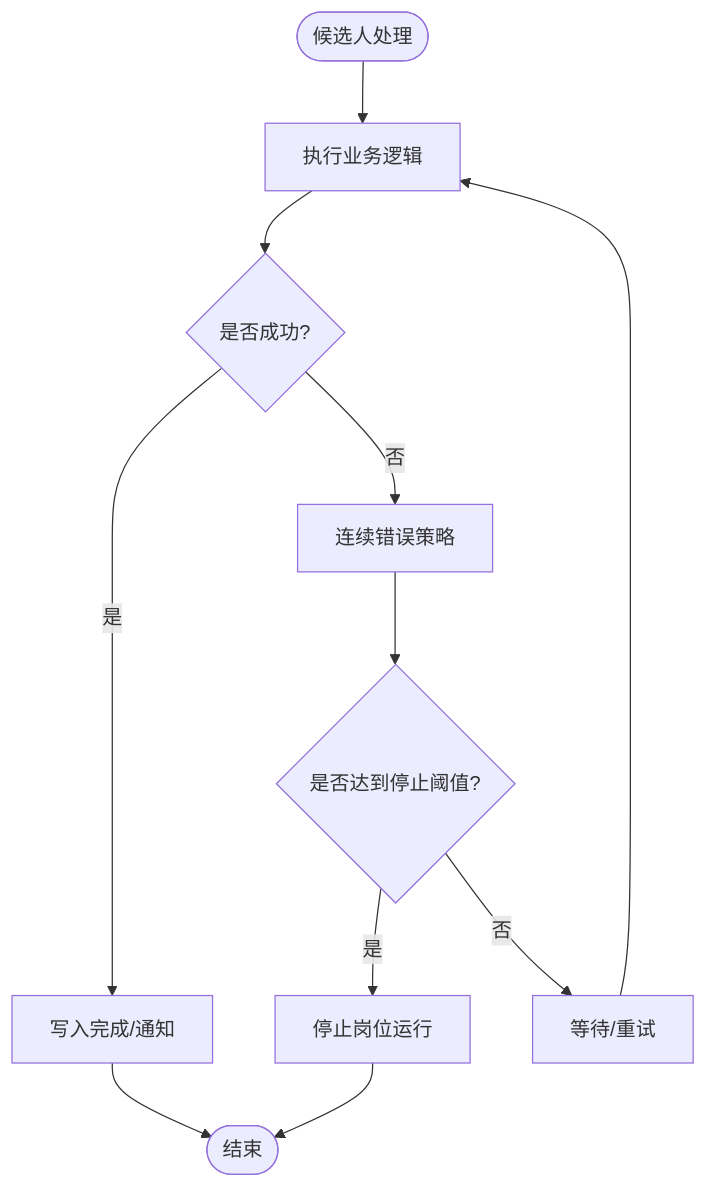
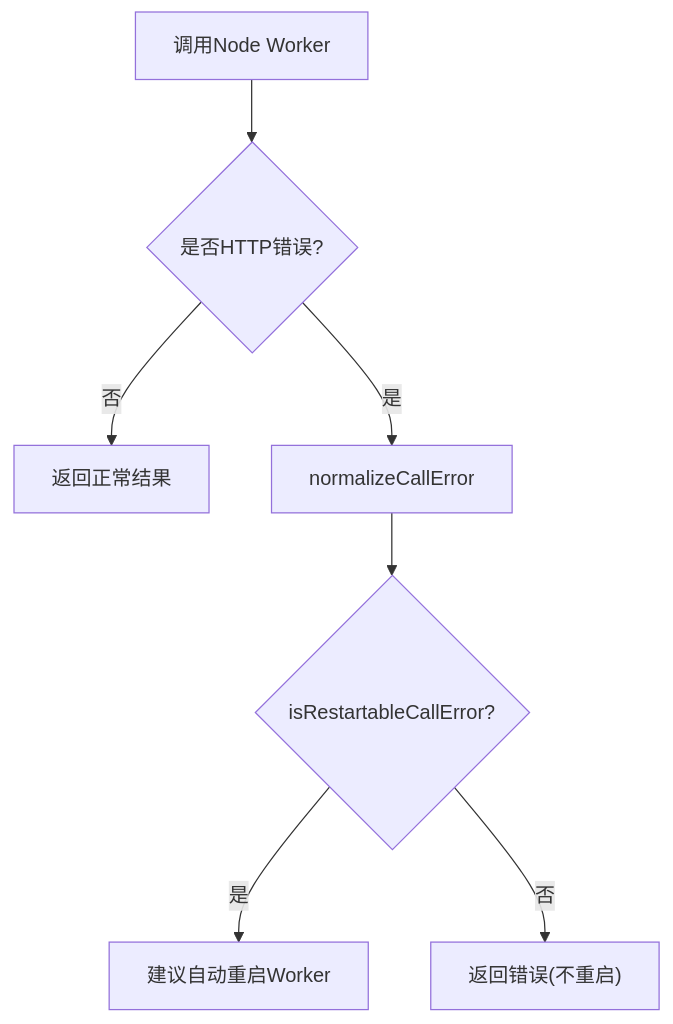
Before and after one commit to alvinwangzi/goodhr: the sixth of 8 diagrams in .qoder/repowiki/zh/content/云端后端服务/候选人处理系统/候选人数据摄入/错误处理和重试机制.md, drawn with Mermaid. The commit also changed other lines of this file and 149 other files, not shown here.

````diff
--- a/.qoder/repowiki/zh/content/云端后端服务/候选人处理系统/候选人数据摄入/错误处理和重试机制.md
+++ b/.qoder/repowiki/zh/content/云端后端服务/候选人处理系统/候选人数据摄入/错误处理和重试机制.md
@@ -290,13 +230,9 @@
 ```mermaid
 flowchart TD
-Start(["候选人处理"]) --> Try["执行业务逻辑"]
-Try --> Ok{"是否成功?"}
-Ok --> |是| Done["写入完成/通知"]
-Ok --> |否| Policy["连续错误策略"]
-Policy --> Stop{"是否达到停止阈值?"}
-Stop --> |是| Halt["停止岗位运行"]
-Stop --> |否| Retry["等待/重试"]
-Retry --> Try
-Halt --> End(["结束"])
-Done --> End
+CallWorker["调用Node Worker"] --> HTTPErr{"是否HTTP错误?"}
+HTTPErr --> |否| ReturnResult["返回正常结果"]
+HTTPErr --> |是| Normalize["normalizeCallError"]
+Normalize --> Restartable{"isRestartableCallError?"}
+Restartable --> |是| Restart["建议自动重启Worker"]
+Restartable --> |否| ReturnError["返回错误(不重启)"]
 ```
````
